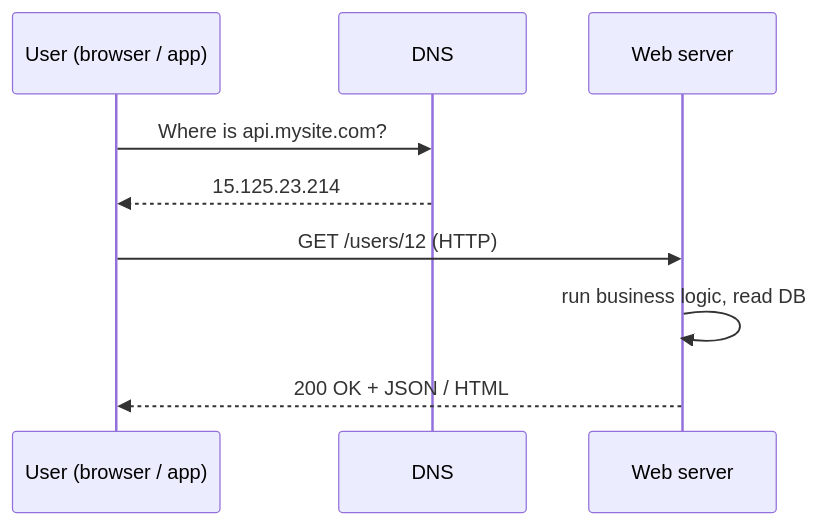
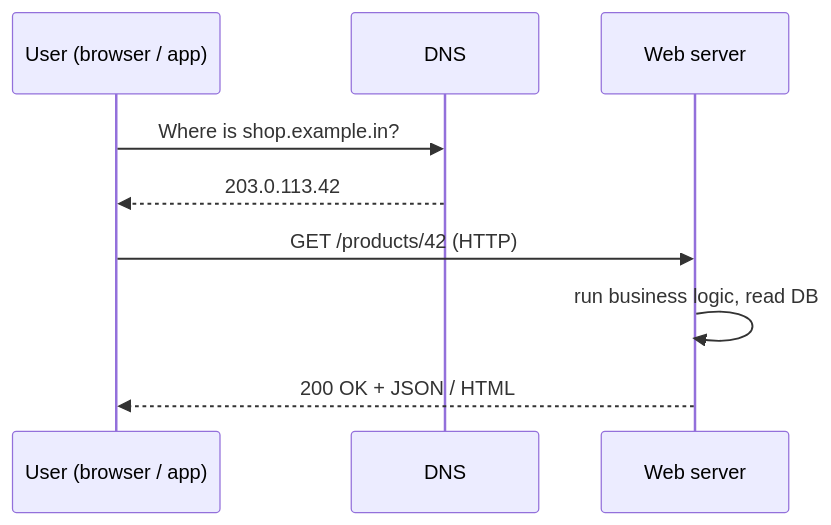
Before and after one commit to JayKap-Git/sysdes: the first of 11 diagrams in docs/foundations/01-scale-from-zero-to-millions.en.md, drawn with Mermaid. The commit also changed other lines of this file and 8 other files, not shown here.

````diff
--- a/docs/foundations/01-scale-from-zero-to-millions.en.md
+++ b/docs/foundations/01-scale-from-zero-to-millions.en.md
@@ -43,11 +43,11 @@
 ```mermaid
 sequenceDiagram
     participant U as User (browser / app)
     participant D as DNS
     participant S as Web server
-    U->>D: Where is api.mysite.com?
-    D-->>U: 15.125.23.214
-    U->>S: GET /users/12 (HTTP)
+    U->>D: Where is shop.example.in?
+    D-->>U: 203.0.113.42
+    U->>S: GET /products/42 (HTTP)
     S->>S: run business logic, read DB
     S-->>U: 200 OK + JSON / HTML
 ```
````
